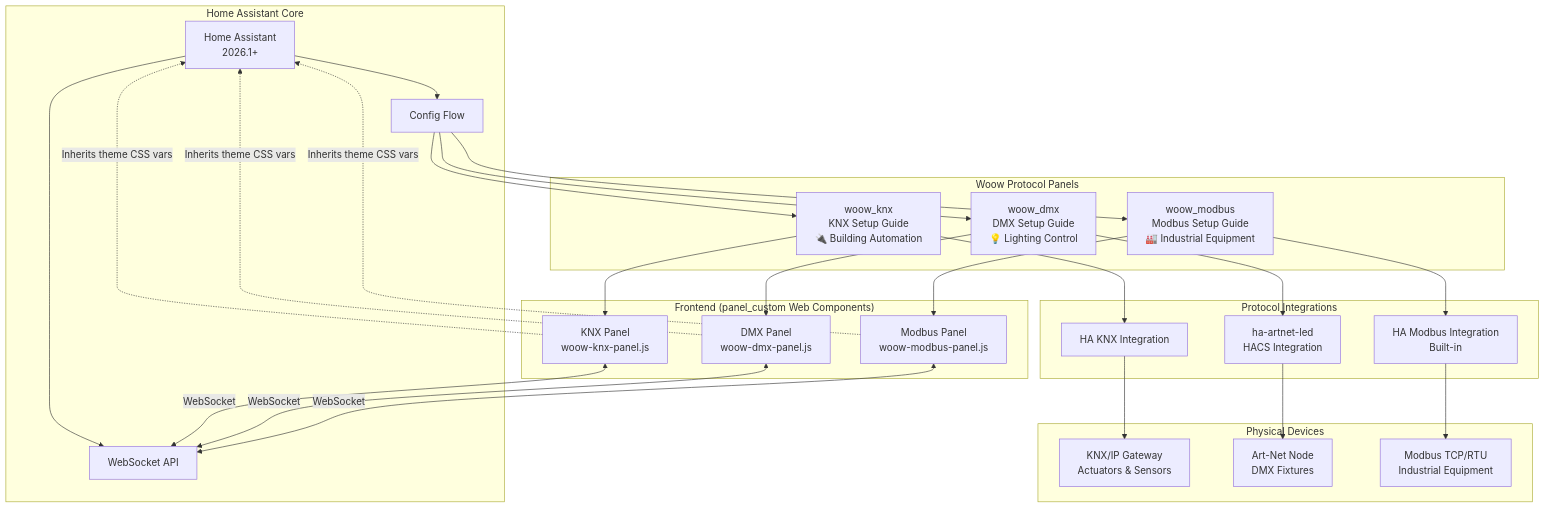
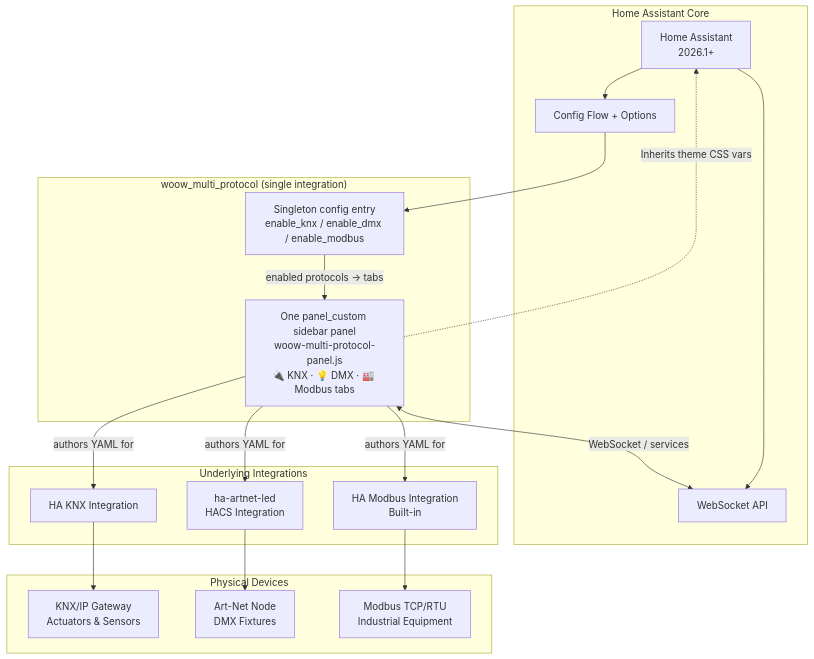
One commit to WOOWTECH/Woow_ha_multi_protocol_connect changed the first of 4 diagrams in README.md. Above: the diagram before and after it, drawn with Mermaid. The commit also changed other lines of this file and 53 other files, not shown here.

````diff
--- a/README.md
+++ b/README.md
@@ -119,55 +122,38 @@
 ```mermaid
 graph TB
     subgraph "Home Assistant Core"
         HA[Home Assistant<br/>2026.1+]
         WS[WebSocket API]
-        CF[Config Flow]
+        CF[Config Flow + Options]
     end
 
-    subgraph "Woow Protocol Panels"
-        KNX["woow_knx<br/>KNX Setup Guide<br/>🔌 Building Automation"]
-        DMX["woow_dmx<br/>DMX Setup Guide<br/>💡 Lighting Control"]
-        MOD["woow_modbus<br/>Modbus Setup Guide<br/>🏭 Industrial Equipment"]
+    subgraph "woow_multi_protocol (single integration)"
+        ENTRY["Singleton config entry<br/>enable_knx / enable_dmx / enable_modbus"]
+        PANEL["One panel_custom sidebar panel<br/>woow-multi-protocol-panel.js<br/>🔌 KNX · 💡 DMX · 🏭 Modbus tabs"]
     end
 
-    subgraph "Frontend (panel_custom Web Components)"
-        KNX_UI["KNX Panel<br/>woow-knx-panel.js"]
-        DMX_UI["DMX Panel<br/>woow-dmx-panel.js"]
-        MOD_UI["Modbus Panel<br/>woow-modbus-panel.js"]
-    end
-
-    subgraph "Protocol Integrations"
+    subgraph "Underlying Integrations"
         KNX_INT[HA KNX Integration]
         DMX_INT[ha-artnet-led<br/>HACS Integration]
         MOD_INT[HA Modbus Integration<br/>Built-in]
     end
 
     subgraph "Physical Devices"
         KNX_DEV["KNX/IP Gateway<br/>Actuators & Sensors"]
         DMX_DEV["Art-Net Node<br/>DMX Fixtures"]
         MOD_DEV["Modbus TCP/RTU<br/>Industrial Equipment"]
     end
 
     HA --> WS
     HA --> CF
 
-    CF --> KNX
-    CF --> DMX
-    CF --> MOD
+    CF --> ENTRY
+    ENTRY -->|enabled protocols → tabs| PANEL
 
-    KNX --> KNX_UI
-    DMX --> DMX_UI
-    MOD --> MOD_UI
+    PANEL <-->|WebSocket / services| WS
+    PANEL -.->|Inherits theme CSS vars| HA
 
-    KNX_UI <-->|WebSocket| WS
-    DMX_UI <-->|WebSocket| WS
-    MOD_UI <-->|WebSocket| WS
-
-    KNX_UI -.->|Inherits theme CSS vars| HA
-    DMX_UI -.->|Inherits theme CSS vars| HA
-    MOD_UI -.->|Inherits theme CSS vars| HA
-
-    KNX --> KNX_INT --> KNX_DEV
-    DMX --> DMX_INT --> DMX_DEV
-    MOD --> MOD_INT --> MOD_DEV
+    PANEL -->|authors YAML for| KNX_INT --> KNX_DEV
+    PANEL -->|authors YAML for| DMX_INT --> DMX_DEV
+    PANEL -->|authors YAML for| MOD_INT --> MOD_DEV
 ```
````
